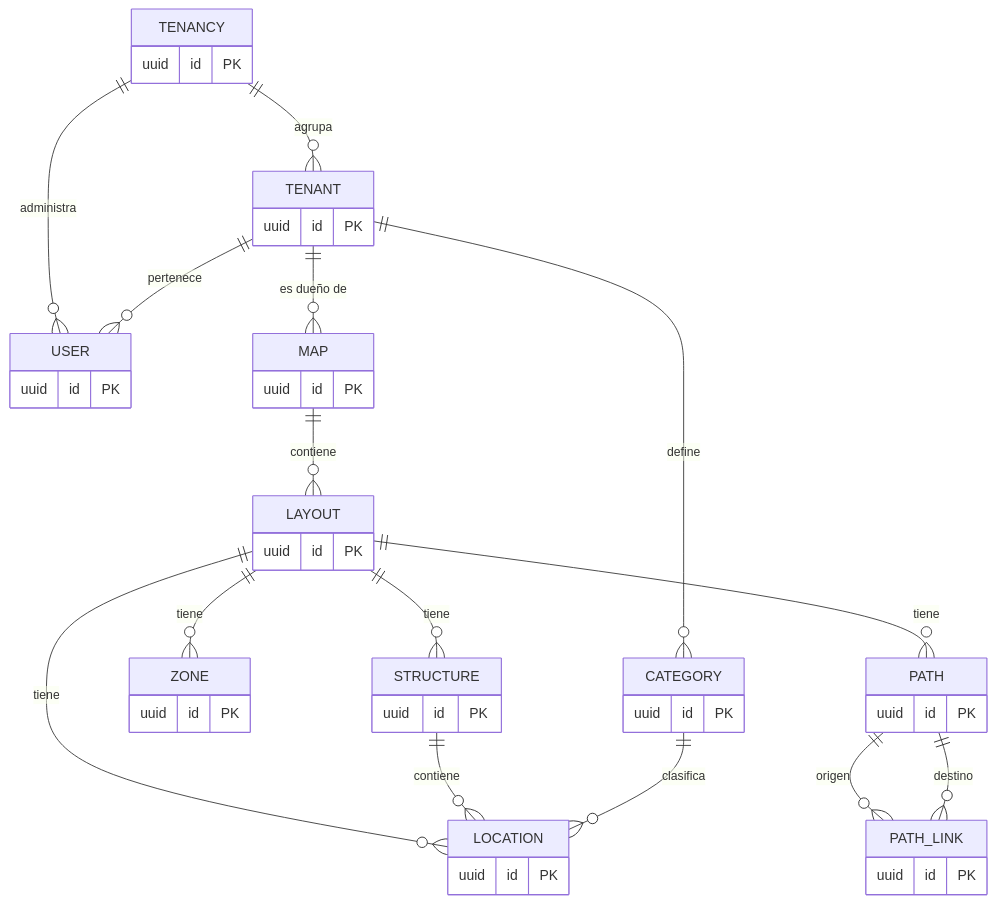
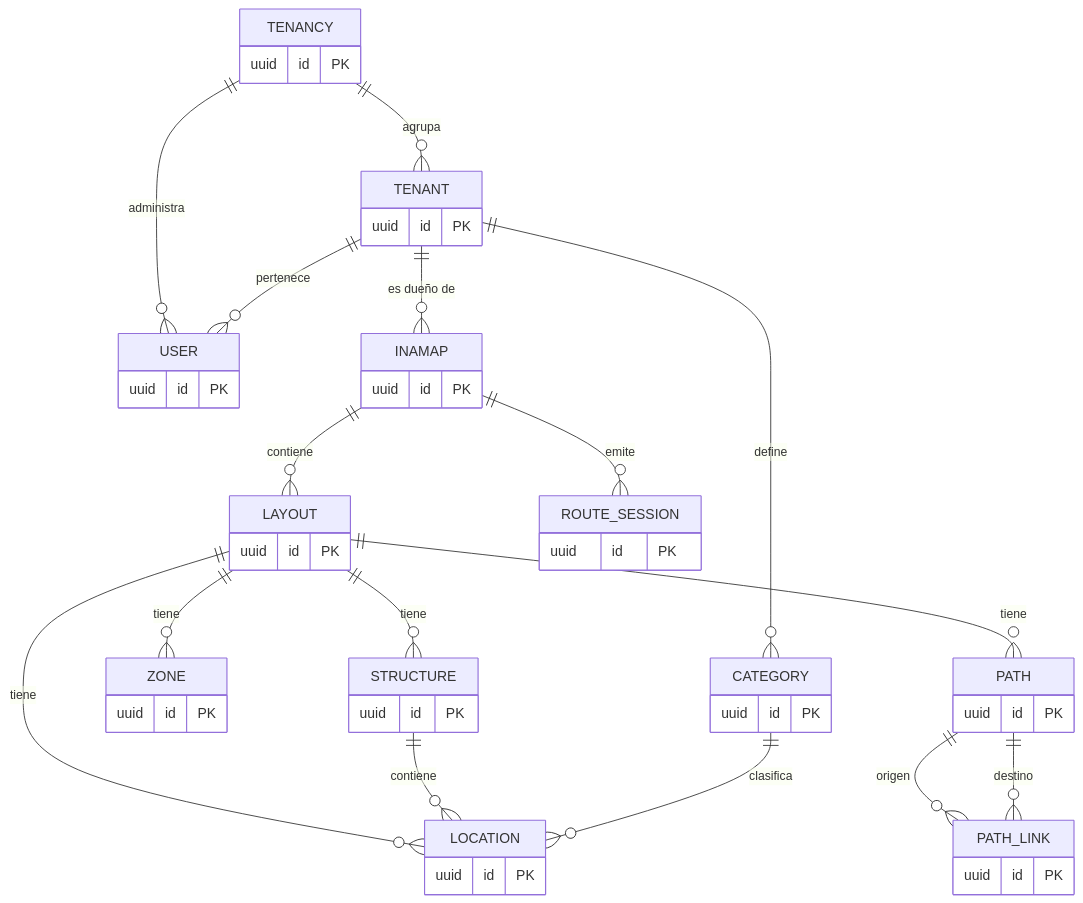
One commit to farandal/inamap-backend-domain changed the eighth of 21 diagrams in README.md. Above: the diagram before and after it, drawn with Mermaid. The commit also changed other lines of this file, not shown here.

First line of the commit message:
docs: finalize INAMAP domain specification

````diff
--- a/README.md
+++ b/README.md
@@ -735,29 +846,31 @@
 ```mermaid
 erDiagram
     TENANCY ||--o{ TENANT : "agrupa"
     TENANCY ||--o{ USER : "administra"
     TENANT ||--o{ USER : "pertenece"
-    TENANT ||--o{ MAP : "es dueño de"
+    TENANT ||--o{ INAMAP : "es dueño de"
     TENANT ||--o{ CATEGORY : "define"
-    MAP ||--o{ LAYOUT : "contiene"
+    INAMAP ||--o{ LAYOUT : "contiene"
+    INAMAP ||--o{ ROUTE_SESSION : "emite"
     LAYOUT ||--o{ ZONE : "tiene"
     LAYOUT ||--o{ STRUCTURE : "tiene"
     LAYOUT ||--o{ LOCATION : "tiene"
     LAYOUT ||--o{ PATH : "tiene"
     STRUCTURE ||--o{ LOCATION : "contiene"
     CATEGORY ||--o{ LOCATION : "clasifica"
     PATH ||--o{ PATH_LINK : "origen"
     PATH ||--o{ PATH_LINK : "destino"
 
     TENANCY { uuid id PK }
     TENANT { uuid id PK }
     USER { uuid id PK }
-    MAP { uuid id PK }
+    INAMAP { uuid id PK }
     LAYOUT { uuid id PK }
     ZONE { uuid id PK }
     STRUCTURE { uuid id PK }
     LOCATION { uuid id PK }
     CATEGORY { uuid id PK }
     PATH { uuid id PK }
     PATH_LINK { uuid id PK }
+    ROUTE_SESSION { uuid id PK }
 ```
````
